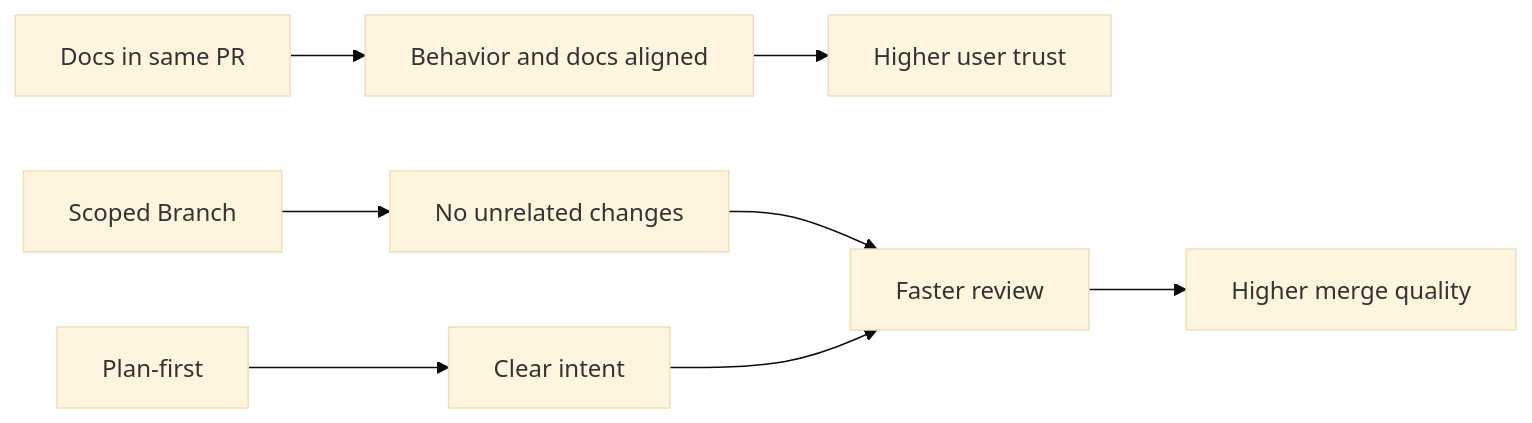
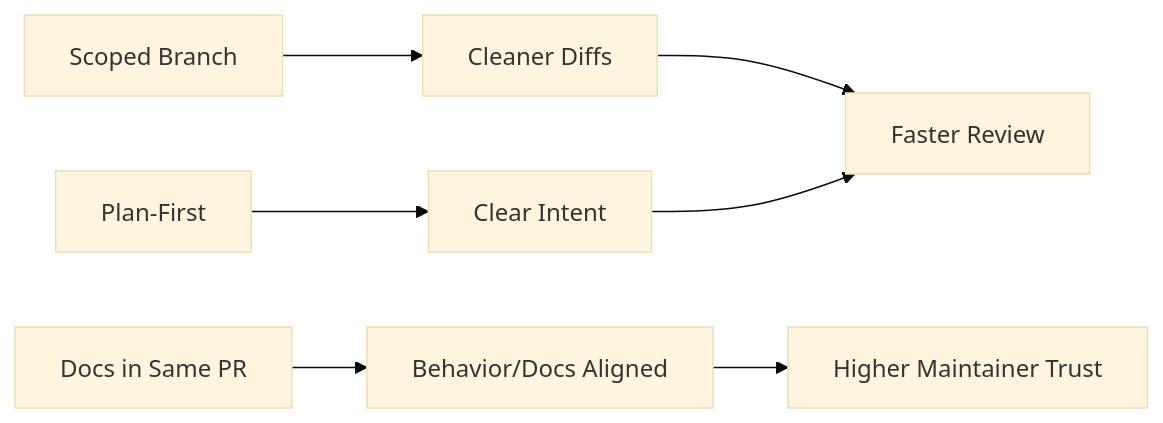
Before and after one commit to charleanpoor507/repo-hc: the second of 2 diagrams in docs/mermaid/workflow-community-pr-lifecycle.md, drawn with Mermaid (base theme). The commit also changed other lines of this file and 32 other files, not shown here.

Commit message:
docs: refocus repo on agent-rule workflow and add architecture docs

````diff
--- a/docs/mermaid/workflow-community-pr-lifecycle.md
+++ b/docs/mermaid/workflow-community-pr-lifecycle.md
@@ -26,10 +25,9 @@
 ```mermaid
 flowchart LR
-  SCOPE["Scoped Branch"] --> CLEAN["No unrelated changes"]
-  PLAN["Plan-first"] --> TRACE["Clear intent"]
-  DOCSYNC["Docs in same PR"] --> ALIGN["Behavior and docs aligned"]
-  ALIGN --> TRUST["Higher user trust"]
-  CLEAN --> REVIEW["Faster review"]
+  BRANCH["Scoped Branch"] --> CLEAN["Cleaner Diffs"]
+  PLAN["Plan-First"] --> TRACE["Clear Intent"]
+  DOCSYNC["Docs in Same PR"] --> ALIGN["Behavior/Docs Aligned"]
+  CLEAN --> REVIEW["Faster Review"]
   TRACE --> REVIEW
-  REVIEW --> QUALITY["Higher merge quality"]
+  ALIGN --> TRUST["Higher Maintainer Trust"]
 ```
````
